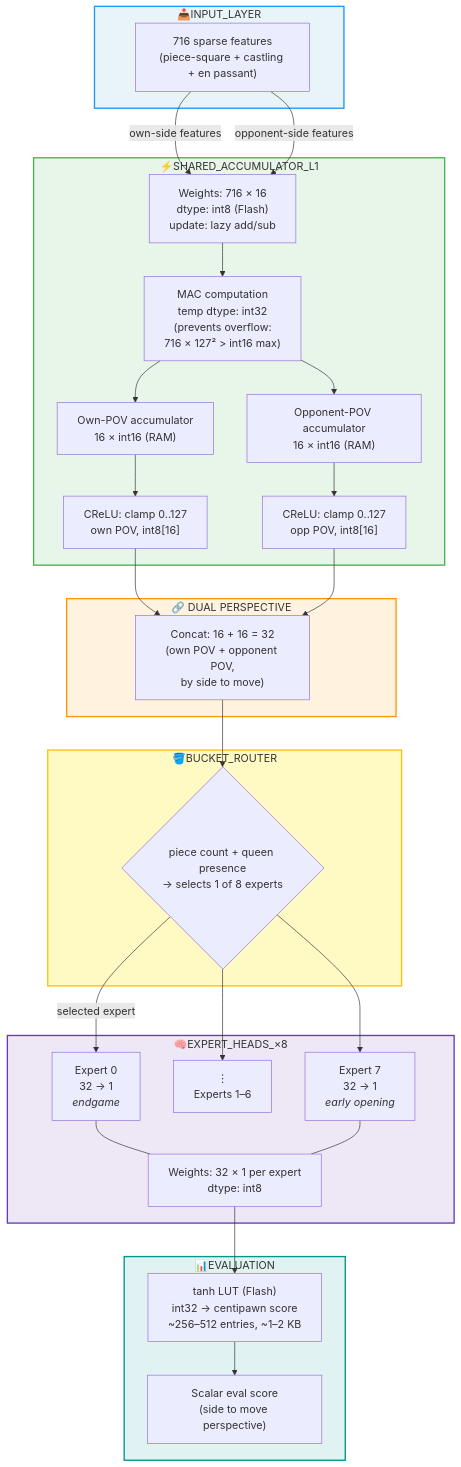
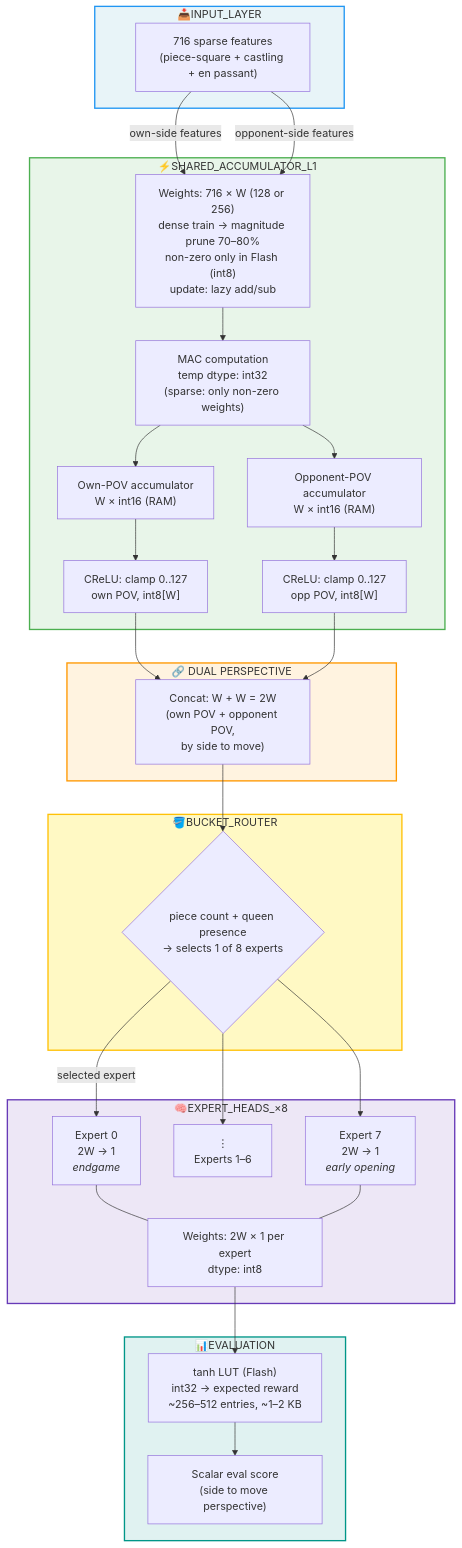
Before and after one commit to Omega97/TinyML_Internship: the third of 3 diagrams in NOTES/SARDINE Engine Blueprint.md, drawn with Mermaid. The commit also changed other lines of this file and 4 other files, not shown here.

````diff
--- a/NOTES/SARDINE Engine Blueprint.md
+++ b/NOTES/SARDINE Engine Blueprint.md
@@ -122,51 +123,51 @@
 ```mermaid
 flowchart TD
      subgraph INPUT["📥INPUT_LAYER"]
          X["716 sparse features<br/>(piece-square + castling + en passant)"]
      end
      subgraph ACC["⚡SHARED_ACCUMULATOR_L1"]
-         W["Weights: 716 × 16<br/>dtype: int8 (Flash)<br/>update: lazy add/sub"]
-         MAC["MAC computation<br/>temp dtype: int32<br/>(prevents overflow:<br/>716 × 127² > int16 max)"]
-         A1["Own-POV accumulator<br/>16 × int16 (RAM)"]
-         A2["Opponent-POV accumulator<br/>16 × int16 (RAM)"]
-         C1["CReLU: clamp 0..127<br/>own POV, int8[16]"]
-         C2["CReLU: clamp 0..127<br/>opp POV, int8[16]"]
+         W["Weights: 716 × W (128 or 256)<br/>dense train → magnitude prune 70–80%<br/>non-zero only in Flash (int8)<br/>update: lazy add/sub"]
+         MAC["MAC computation<br/>temp dtype: int32<br/>(sparse: only non-zero weights)"]
+         A1["Own-POV accumulator<br/>W × int16 (RAM)"]
+         A2["Opponent-POV accumulator<br/>W × int16 (RAM)"]
+         C1["CReLU: clamp 0..127<br/>own POV, int8[W]"]
+         C2["CReLU: clamp 0..127<br/>opp POV, int8[W]"]
          W --> MAC
          MAC --> A1 --> C1
          MAC --> A2 --> C2
      end
      subgraph CONCAT["🔗 DUAL PERSPECTIVE"]
-         D["Concat: 16 + 16 = 32<br/>(own POV + opponent POV,<br/>by side to move)"]
+         D["Concat: W + W = 2W<br/>(own POV + opponent POV,<br/>by side to move)"]
      end
      subgraph ROUTER["🪣BUCKET_ROUTER"]
          R{"piece count + queen presence<br/>→ selects 1 of 8 experts"}
      end
      subgraph EXPERTS["🧠EXPERT_HEADS_×8"]
-         E0["Expert 0<br/>32 → 1<br/><i>endgame</i>"]
+         E0["Expert 0<br/>2W → 1<br/><i>endgame</i>"]
          ELLIPSIS["⋮<br/>Experts 1–6"]
-         E7["Expert 7<br/>32 → 1<br/><i>early opening</i>"]
-         EW["Weights: 32 × 1 per expert<br/>dtype: int8"]
+         E7["Expert 7<br/>2W → 1<br/><i>early opening</i>"]
+         EW["Weights: 2W × 1 per expert<br/>dtype: int8"]
          E0 --- EW
          E7 --- EW
      end
      subgraph OUT["📊EVALUATION"]
-         LUT["tanh LUT (Flash)<br/>int32 → centipawn score<br/>~256–512 entries, ~1–2 KB"]
+         LUT["tanh LUT (Flash)<br/>int32 → expected reward<br/>~256–512 entries, ~1–2 KB"]
          Y["Scalar eval score<br/>(side to move perspective)"]
          LUT --> Y
      end
      X -->|"own-side features"| W
      X -->|"opponent-side features"| W
      C1 --> D
      C2 --> D
      D --> R
      R -->|"selected expert"| E0
      R --> ELLIPSIS
      R --> E7
      EW --> LUT
      style INPUT fill:#e8f4f8,stroke:#2196F3,stroke-width:2px
      style ACC fill:#e8f5e9,stroke:#4CAF50,stroke-width:2px
      style CONCAT fill:#fff3e0,stroke:#FF9800,stroke-width:2px
      style ROUTER fill:#fff9c4,stroke:#FFC107,stroke-width:2px
      style EXPERTS fill:#ede7f6,stroke:#673AB7,stroke-width:2px
      style OUT fill:#e0f2f1,stroke:#009688,stroke-width:2px
 ```
````
